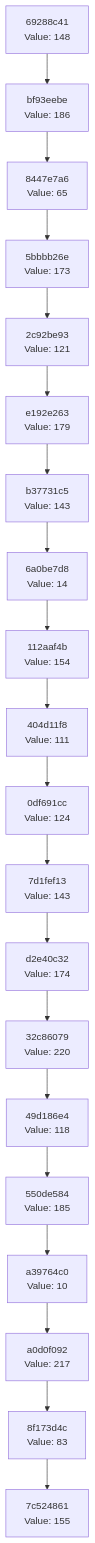
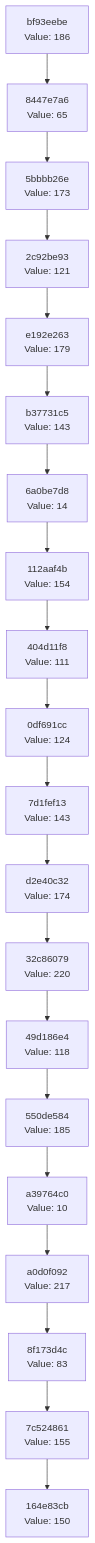
One commit to Abhisheksinha1506/hash-chain-evolver changed the diagram in docs/CHAIN_VISUALIZATION.md. Above: the diagram before and after it, drawn with Mermaid. The commit also changed 3 other files, not shown here.

````diff
--- a/docs/CHAIN_VISUALIZATION.md
+++ b/docs/CHAIN_VISUALIZATION.md
@@ -3,42 +3,42 @@
 ```mermaid
 graph TD
-    C0["7c524861<br/>Value: 155"]
-    C1["8f173d4c<br/>Value: 83"]
+    C0["164e83cb<br/>Value: 150"]
+    C1["7c524861<br/>Value: 155"]
     C1 --> C0
-    C2["a0d0f092<br/>Value: 217"]
+    C2["8f173d4c<br/>Value: 83"]
     C2 --> C1
-    C3["a39764c0<br/>Value: 10"]
+    C3["a0d0f092<br/>Value: 217"]
     C3 --> C2
-    C4["550de584<br/>Value: 185"]
+    C4["a39764c0<br/>Value: 10"]
     C4 --> C3
-    C5["49d186e4<br/>Value: 118"]
+    C5["550de584<br/>Value: 185"]
     C5 --> C4
-    C6["32c86079<br/>Value: 220"]
+    C6["49d186e4<br/>Value: 118"]
     C6 --> C5
-    C7["d2e40c32<br/>Value: 174"]
+    C7["32c86079<br/>Value: 220"]
     C7 --> C6
-    C8["7d1fef13<br/>Value: 143"]
+    C8["d2e40c32<br/>Value: 174"]
     C8 --> C7
-    C9["0df691cc<br/>Value: 124"]
+    C9["7d1fef13<br/>Value: 143"]
     C9 --> C8
-    C10["404d11f8<br/>Value: 111"]
+    C10["0df691cc<br/>Value: 124"]
     C10 --> C9
-    C11["112aaf4b<br/>Value: 154"]
+    C11["404d11f8<br/>Value: 111"]
     C11 --> C10
-    C12["6a0be7d8<br/>Value: 14"]
+    C12["112aaf4b<br/>Value: 154"]
     C12 --> C11
-    C13["b37731c5<br/>Value: 143"]
+    C13["6a0be7d8<br/>Value: 14"]
     C13 --> C12
-    C14["e192e263<br/>Value: 179"]
+    C14["b37731c5<br/>Value: 143"]
     C14 --> C13
-    C15["2c92be93<br/>Value: 121"]
+    C15["e192e263<br/>Value: 179"]
     C15 --> C14
-    C16["5bbbb26e<br/>Value: 173"]
+    C16["2c92be93<br/>Value: 121"]
     C16 --> C15
-    C17["8447e7a6<br/>Value: 65"]
+    C17["5bbbb26e<br/>Value: 173"]
     C17 --> C16
-    C18["bf93eebe<br/>Value: 186"]
+    C18["8447e7a6<br/>Value: 65"]
     C18 --> C17
-    C19["69288c41<br/>Value: 148"]
+    C19["bf93eebe<br/>Value: 186"]
     C19 --> C18
 ```
````
